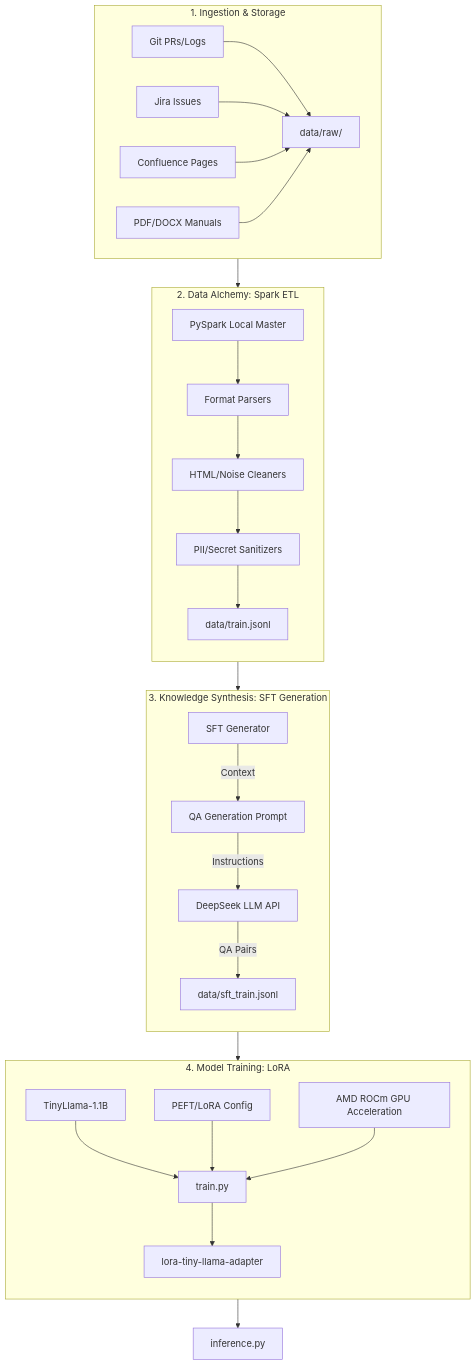
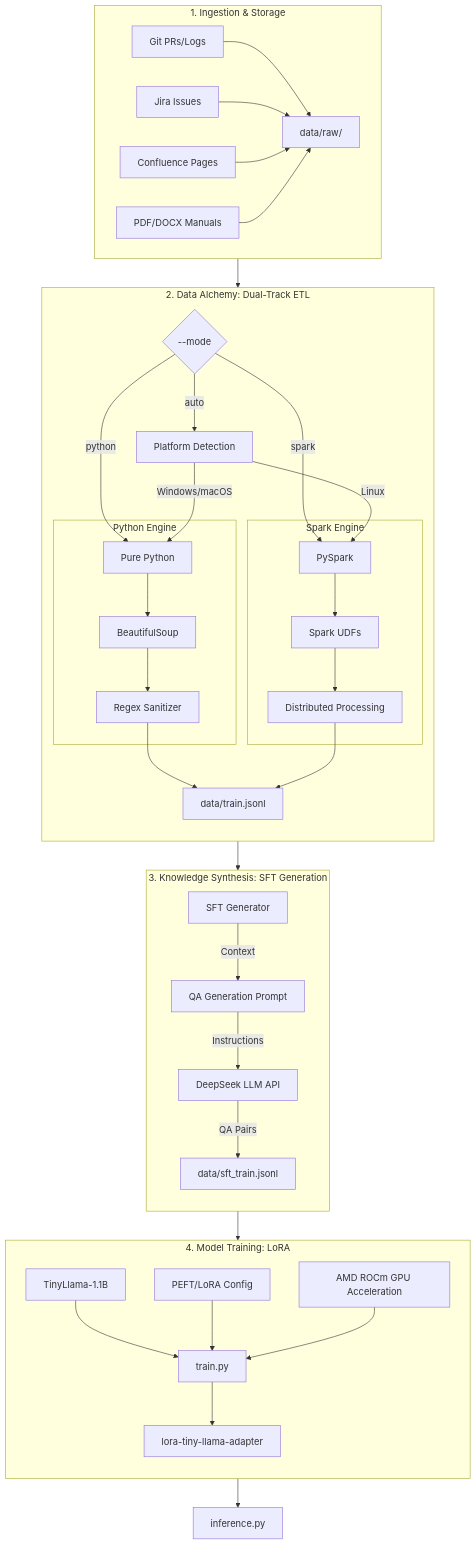
One commit to jiayingsong2023/DataAlchemy changed the diagram in ARCHITECTURE.md. Above: the diagram before and after it, drawn with Mermaid. The commit also changed other lines of this file and 9 other files, not shown here.

Commit message:
Implment two ways' of data clean (python directly & spark）

````diff
--- a/ARCHITECTURE.md
+++ b/ARCHITECTURE.md
@@ -9,50 +9,65 @@
 ```mermaid
 flowchart TD
     subgraph Layer1 [1. Ingestion & Storage]
         direction LR
         Git[Git PRs/Logs]
         Jira[Jira Issues]
         Conf[Confluence Pages]
         Docs[PDF/DOCX Manuals]
         Git & Jira & Conf & Docs --> RawLocal[data/raw/]
     end
 
-    subgraph Layer2 [2. Data Alchemy: Spark ETL]
+    subgraph Layer2 [2. Data Alchemy: Dual-Track ETL]
         direction TB
-        Spark[PySpark Local Master]
-        Parser[Format Parsers]
-        Cleaner[HTML/Noise Cleaners]
-        Sanitizer[PII/Secret Sanitizers]
         
-        RawLocal --> Spark
-        Spark --> Parser --> Cleaner --> Sanitizer
-        Sanitizer --> CPT_Data[data/train.jsonl]
+        subgraph PythonTrack [Python Engine]
+            PyEngine[Pure Python]
+            PyBS4[BeautifulSoup]
+            PyRegex[Regex Sanitizer]
+        end
+        
+        subgraph SparkTrack [Spark Engine]
+            SparkEngine[PySpark]
+            SparkUDF[Spark UDFs]
+            SparkDist[Distributed Processing]
+        end
+        
+        RawLocal --> ModeSwitch{--mode}
+        ModeSwitch -->|python| PyEngine
+        ModeSwitch -->|spark| SparkEngine
+        ModeSwitch -->|auto| AutoDetect[Platform Detection]
+        AutoDetect -->|Windows/macOS| PyEngine
+        AutoDetect -->|Linux| SparkEngine
+        
+        PyEngine --> PyBS4 --> PyRegex --> CPT_Data
+        SparkEngine --> SparkUDF --> SparkDist --> CPT_Data
+        CPT_Data[data/train.jsonl]
     end
 
     subgraph Layer3 [3. Knowledge Synthesis: SFT Generation]
         direction TB
         DeepSeek[DeepSeek LLM API]
         Prompt[QA Generation Prompt]
         SFTGen[SFT Generator]
         
         CPT_Data --> SFTGen
         SFTGen -->|Context| Prompt
         Prompt -->|Instructions| DeepSeek
         DeepSeek -->|QA Pairs| SFT_Data[data/sft_train.jsonl]
     end
 
     subgraph Layer4 [4. Model Training: LoRA]
         direction TB
         BaseModel[TinyLlama-1.1B]
         PEFT[PEFT/LoRA Config]
         AMD_ROCm[AMD ROCm GPU Acceleration]
         
         SFT_Data --> Training[train.py]
         BaseModel --> Training
         PEFT --> Training
         AMD_ROCm --> Training
         Training --> Adapter[lora-tiny-llama-adapter]
     end
 
     Adapter --> Inference[inference.py]
 ```
````
